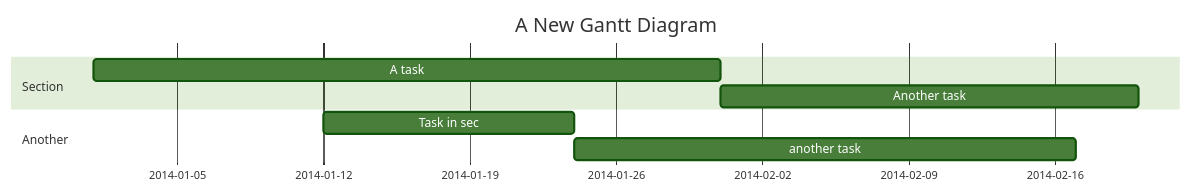
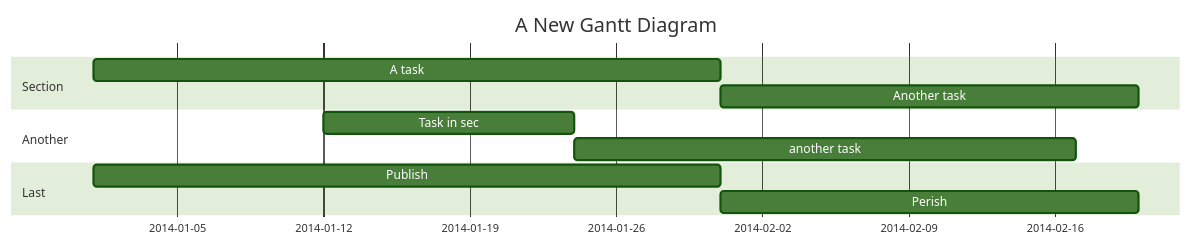
Before and after one commit to WeeBeasties/WeeBeasties.github.io: the second of 2 diagrams in _posts/2018-04-06-Practice-Post.md, drawn with Mermaid (forest theme).

Commit message:
modified the gantt chart

```diff
--- a/_posts/2018-04-06-Practice-Post.md
+++ b/_posts/2018-04-06-Practice-Post.md
@@ -44,12 +44,16 @@
 <div class="mermaid">
 
 gantt
     title A New Gantt Diagram
     dateFormat  YYYY-MM-DD
     section Section
-    A task           :a1, 2014-01-01, 30d
-    Another task     :after a1  , 20d
+        A task         :a1, 2014-01-01, 30d
+        Another task   :after a1, 20d
     section Another
-    Task in sec      :2014-01-12  , 12d
-    another task      : 24d
+        Task in sec    :2014-01-12, 12d
+        another task   :24d
+    section Last
+        Publish        :c1, 2014-01-01, 30d
+        Perish         :after c1, 20d
+
 </div>
```
